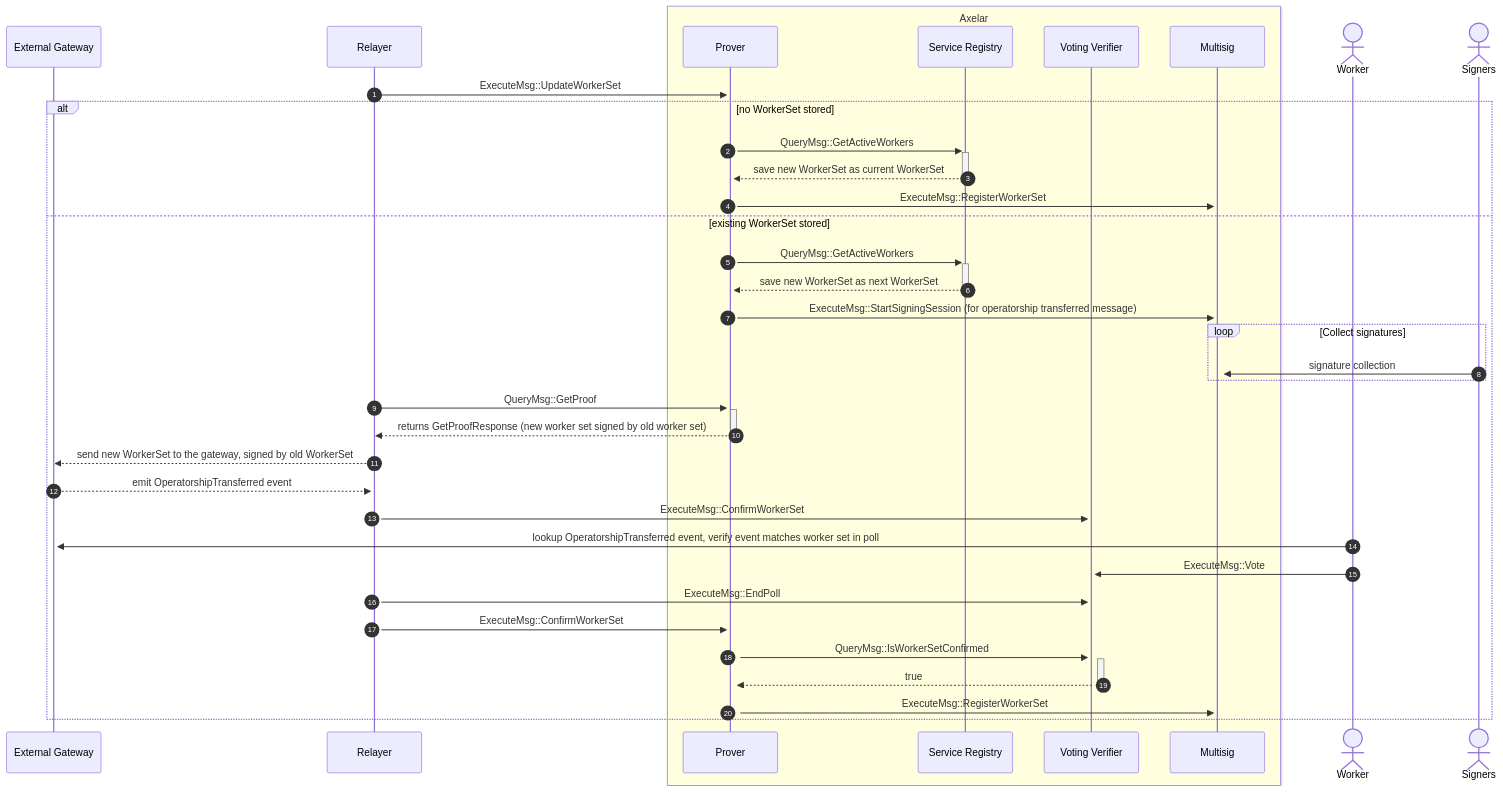
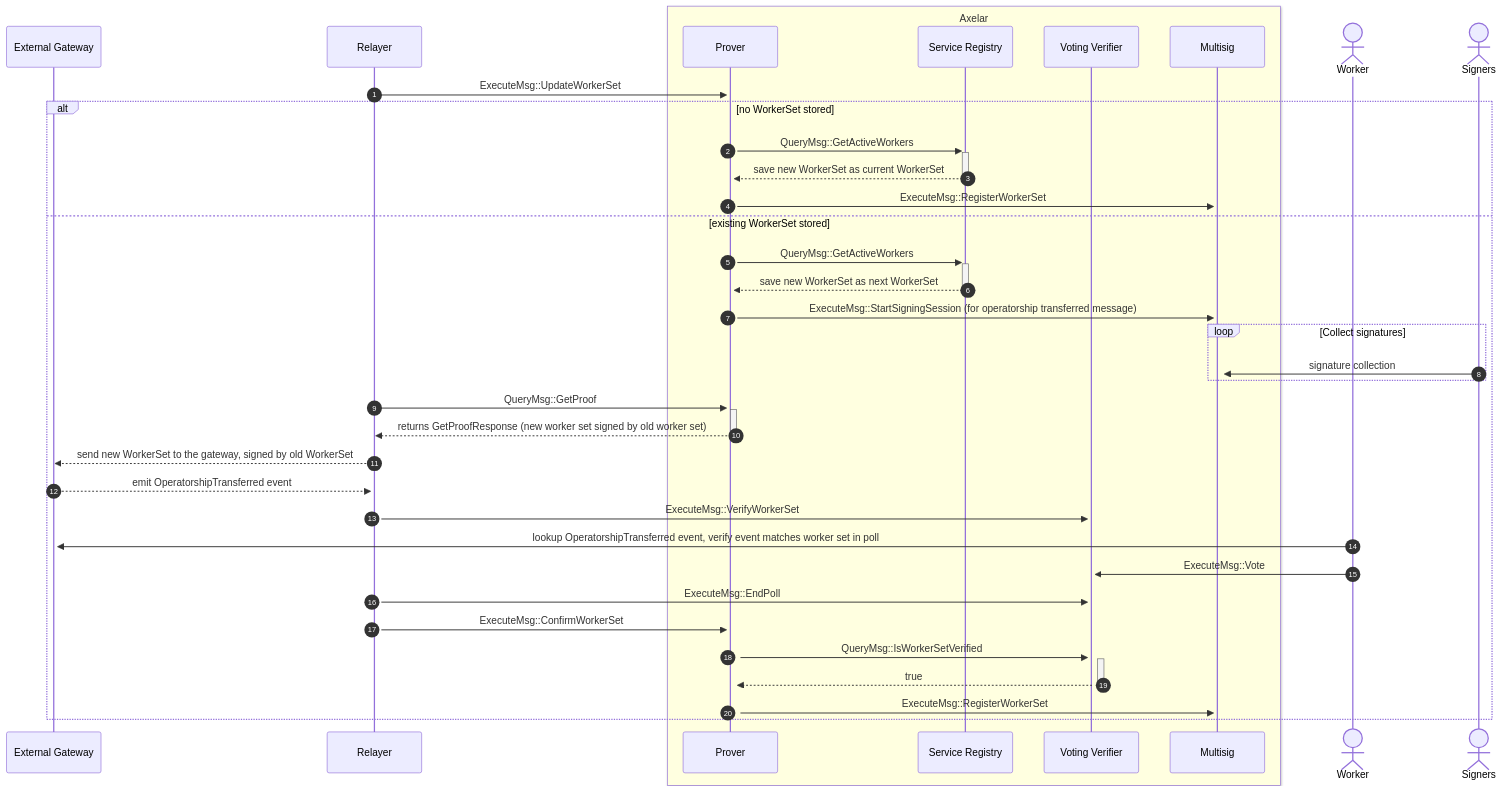
Before and after one commit to kadev2176/axelar-amplifier: the fourth of 4 diagrams in doc/src/contracts/multisig_prover.md, drawn with Mermaid. The commit also changed other lines of this file and 22 other files, not shown here.

First line of the commit message:
feat(voting-verifier): move worker set verification logic to query (#201)

````diff
--- a/doc/src/contracts/multisig_prover.md
+++ b/doc/src/contracts/multisig_prover.md
@@ -152,39 +150,39 @@
 ```mermaid
 sequenceDiagram
 autonumber
 participant External Gateway
 participant Relayer
 box LightYellow Axelar
 participant Prover
 participant Service Registry
 participant Voting Verifier
 participant Multisig
 end
 actor Worker
 actor Signers
 Relayer->>+Prover: ExecuteMsg::UpdateWorkerSet
 alt no WorkerSet stored
   Prover->>+Service Registry: QueryMsg::GetActiveWorkers
   Service Registry-->>-Prover: save new WorkerSet as current WorkerSet
   Prover->>+Multisig: ExecuteMsg::RegisterWorkerSet
 else existing WorkerSet stored
   Prover->>+Service Registry: QueryMsg::GetActiveWorkers
   Service Registry-->>-Prover: save new WorkerSet as next WorkerSet
   Prover->>+Multisig: ExecuteMsg::StartSigningSession (for operatorship transferred message)
   loop Collect signatures
 	  Signers->>+Multisig: signature collection
   end
   Relayer->>+Prover: QueryMsg::GetProof
   Prover-->>-Relayer: returns GetProofResponse (new worker set signed by old worker set)
   Relayer-->>External Gateway: send new WorkerSet to the gateway, signed by old WorkerSet
   External Gateway-->>+Relayer: emit OperatorshipTransferred event
-  Relayer->>+Voting Verifier: ExecuteMsg::ConfirmWorkerSet
+  Relayer->>+Voting Verifier: ExecuteMsg::VerifyWorkerSet
   Worker->>+External Gateway: lookup OperatorshipTransferred event, verify event matches worker set in poll
   Worker->>+Voting Verifier: ExecuteMsg::Vote
   Relayer->>+Voting Verifier: ExecuteMsg::EndPoll
   Relayer->>+Prover: ExecuteMsg::ConfirmWorkerSet
-  Prover->>+Voting Verifier: QueryMsg::IsWorkerSetConfirmed
+  Prover->>+Voting Verifier: QueryMsg::IsWorkerSetVerified
   Voting Verifier-->>-Prover: true
   Prover->>+Multisig: ExecuteMsg::RegisterWorkerSet
 end
 ```
````
